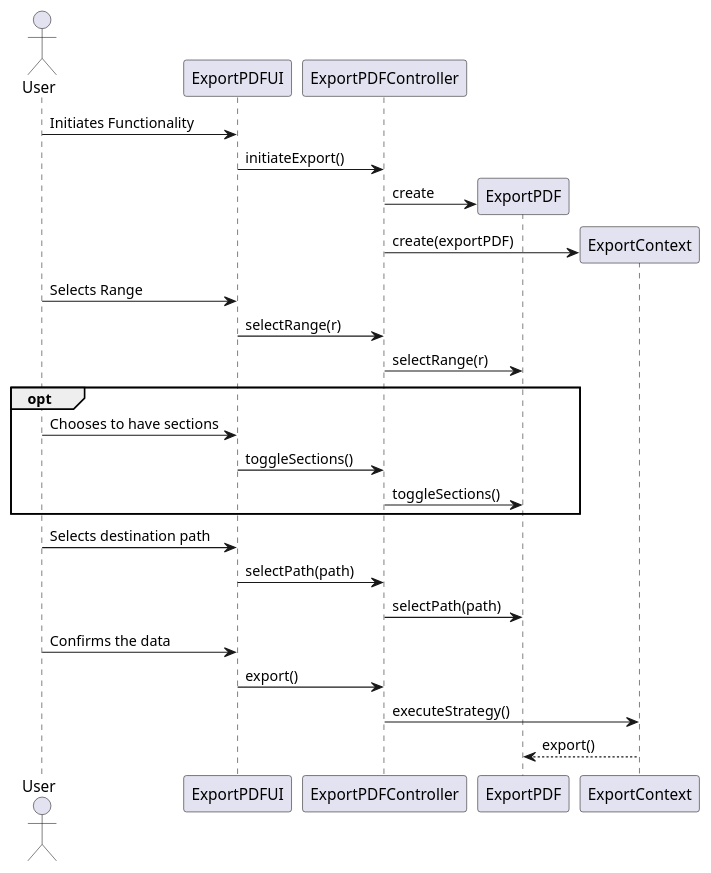
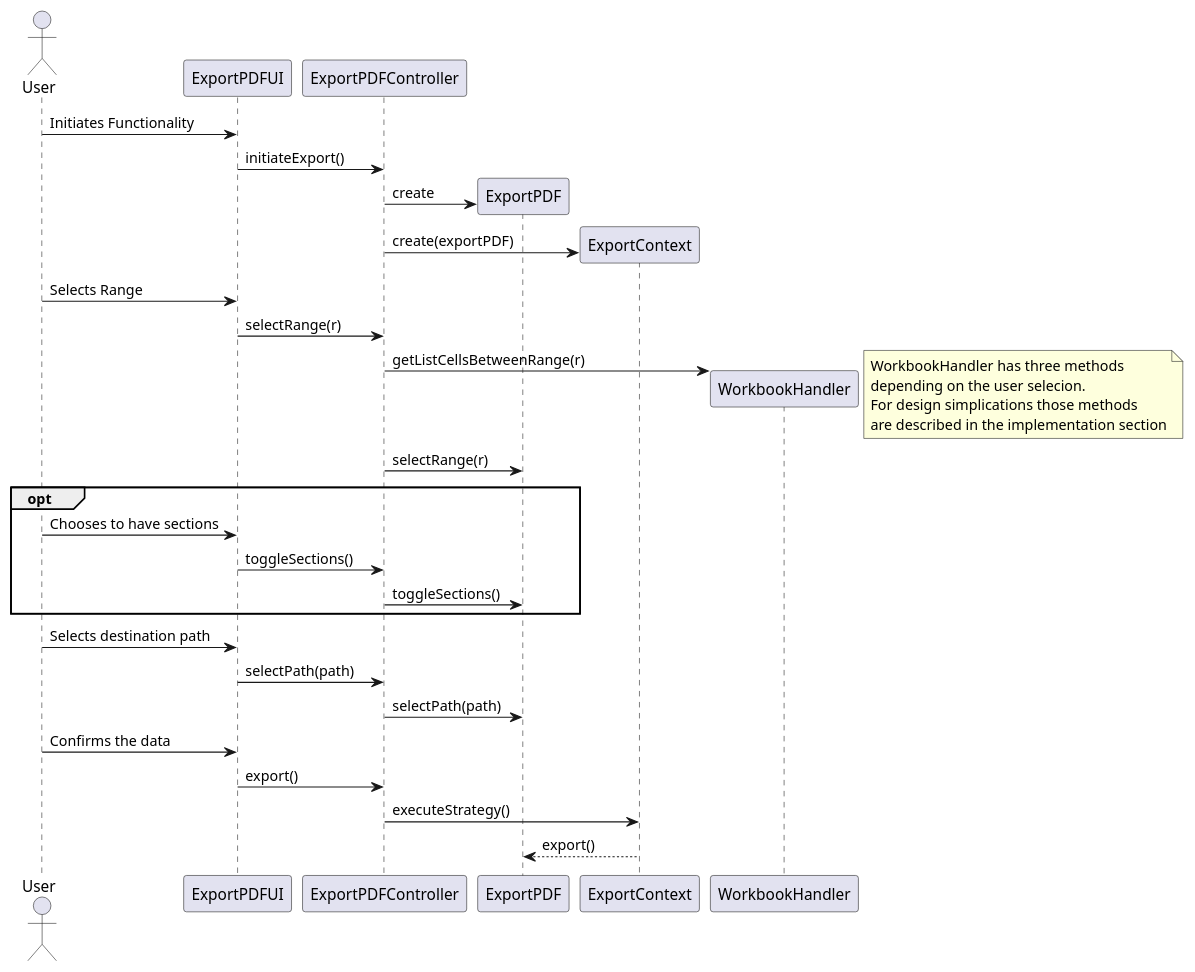
Before and after one commit to MikeTekOn/lapr4-2017-2dd: the diagram in src/main/java/lapr4/red/s1/core/n1150451/exportPDF/core08_01_design_sd.puml, drawn with PlantUML. The commit also changed 1 other file, not shown here.

```diff
--- a/src/main/java/lapr4/red/s1/core/n1150451/exportPDF/core08_01_design_sd.puml
+++ b/src/main/java/lapr4/red/s1/core/n1150451/exportPDF/core08_01_design_sd.puml
@@ -1,26 +1,34 @@
 @startuml
 actor User
 User -> ExportPDFUI : Initiates Functionality
 ExportPDFUI->ExportPDFController: initiateExport()
 create ExportPDF
 ExportPDFController->ExportPDF : create
 create ExportContext
 ExportPDFController->ExportContext : create(exportPDF)
 User -> ExportPDFUI : Selects Range
 ExportPDFUI->ExportPDFController: selectRange(r)
+create WorkbookHandler
+ExportPDFController->WorkbookHandler: getListCellsBetweenRange(r)
+note right
+WorkbookHandler has three methods
+depending on the user selecion.
+For design simplications those methods
+are described in the implementation section
+end note
 ExportPDFController->ExportPDF: selectRange(r)
 opt
 User -> ExportPDFUI : Chooses to have sections
 ExportPDFUI->ExportPDFController: toggleSections()
 ExportPDFController->ExportPDF: toggleSections()
 end
 User -> ExportPDFUI : Selects destination path
 ExportPDFUI->ExportPDFController: selectPath(path)
 ExportPDFController->ExportPDF: selectPath(path)
 
 User -> ExportPDFUI : Confirms the data
 ExportPDFUI -> ExportPDFController : export()
 
 ExportPDFController -> ExportContext : executeStrategy()
 ExportContext --> ExportPDF : export()
 @enduml
```
